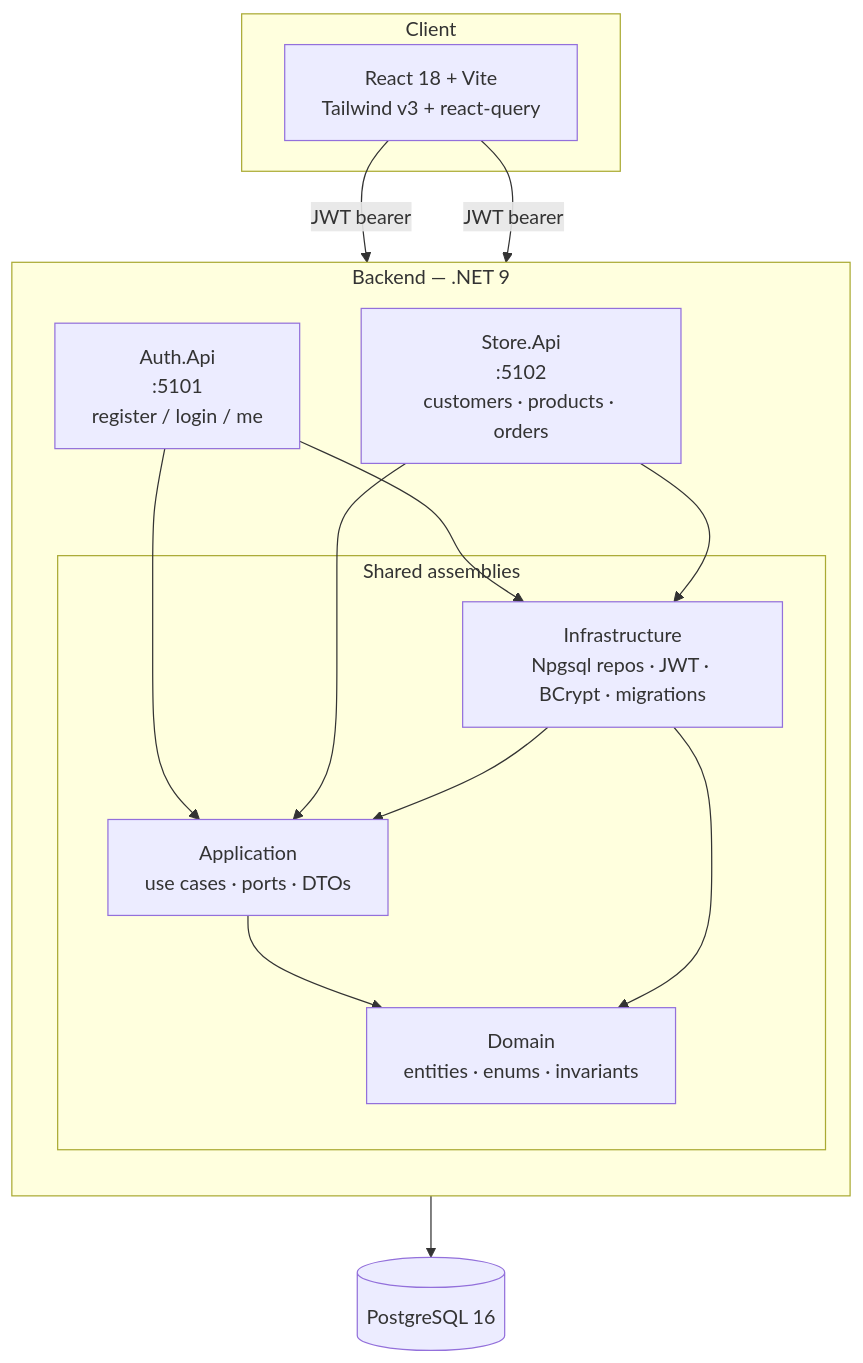
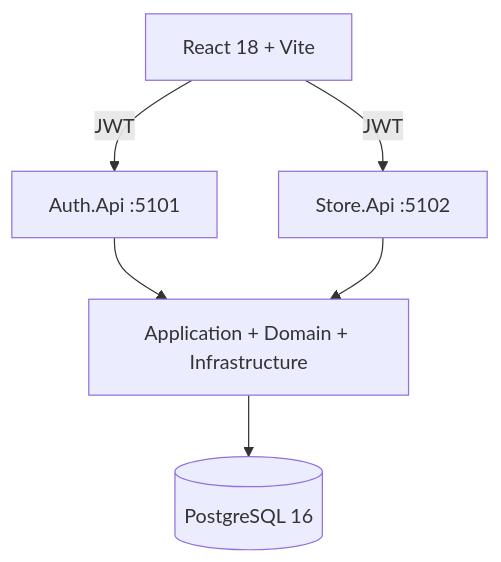
One commit to andrade-mcp/ballastlane-tech-store changed the first of 2 diagrams in README.md. Above: the diagram before and after it, drawn with Mermaid. The commit also changed other lines of this file and 1 other file, not shown here.

````diff
--- a/README.md
+++ b/README.md
@@ -46,31 +77,14 @@
 ```mermaid
 flowchart TB
-    subgraph Client["Client"]
-        UI["React 18 + Vite<br/>Tailwind v3 + react-query"]
-    end
-
-    subgraph Backend["Backend — .NET 9"]
-        direction TB
-        AuthApi["Auth.Api<br/>:5101<br/>register / login / me"]
-        StoreApi["Store.Api<br/>:5102<br/>customers · products · orders"]
-
-        subgraph Shared["Shared assemblies"]
-            App["Application<br/>use cases · ports · DTOs"]
-            Inf["Infrastructure<br/>Npgsql repos · JWT · BCrypt · migrations"]
-            Dom["Domain<br/>entities · enums · invariants"]
-        end
-    end
-
+    UI["React 18 + Vite"]
+    AuthApi["Auth.Api :5101"]
+    StoreApi["Store.Api :5102"]
+    Core["Application + Domain + Infrastructure"]
     DB[("PostgreSQL 16")]
 
-    UI -->|JWT bearer| AuthApi
-    UI -->|JWT bearer| StoreApi
-    AuthApi --> App
-    StoreApi --> App
-    App --> Dom
-    Inf --> App
-    Inf --> Dom
-    AuthApi --> Inf
-    StoreApi --> Inf
-    Inf --> DB
+    UI -->|JWT| AuthApi
+    UI -->|JWT| StoreApi
+    AuthApi --> Core
+    StoreApi --> Core
+    Core --> DB
 ```
````
